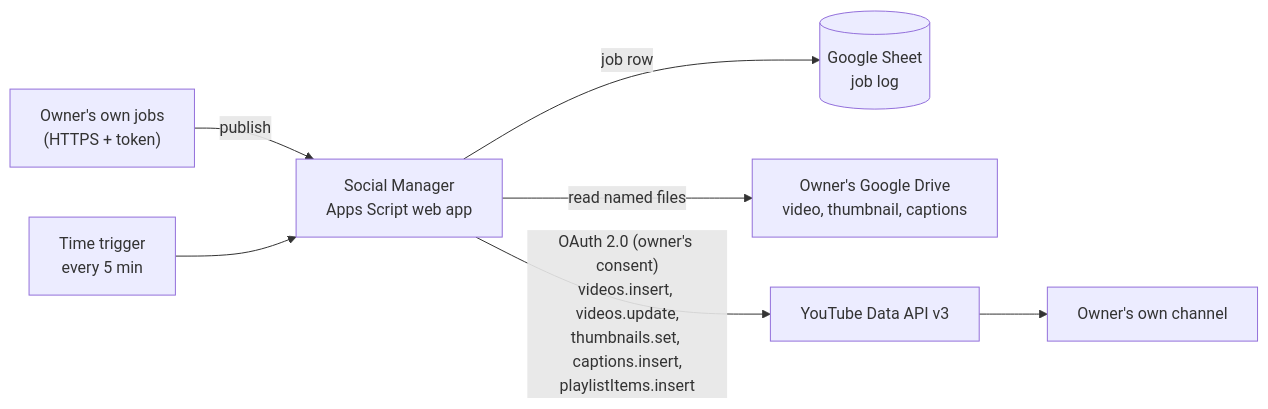
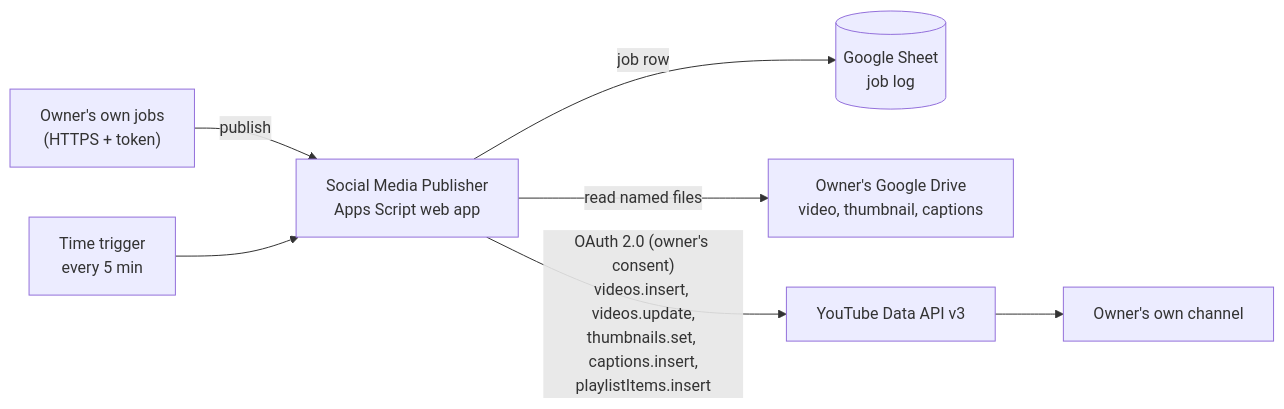
The first of 2 diagrams in docs/ARCHITECTURE.md (ravitejakamalapuram/social-manager), drawn with Mermaid before and after one commit. The commit also changed other lines of this file and 14 other files, not shown here.

First line of the commit message:
Rename to Social Media Publisher (repo social-media-publisher) (#27)

````diff
--- a/docs/ARCHITECTURE.md
+++ b/docs/ARCHITECTURE.md
@@ -5,9 +5,9 @@
 ```mermaid
 flowchart LR
-  A["Owner's own jobs<br/>(HTTPS + token)"] -->|publish| B["Social Manager<br/>Apps Script web app"]
+  A["Owner's own jobs<br/>(HTTPS + token)"] -->|publish| B["Social Media Publisher<br/>Apps Script web app"]
   B -->|job row| C[("Google Sheet<br/>job log")]
   T["Time trigger<br/>every 5 min"] --> B
   B -->|read named files| D["Owner's Google Drive<br/>video, thumbnail, captions"]
   B -->|"OAuth 2.0 (owner's consent)<br/>videos.insert, videos.update,<br/>thumbnails.set, captions.insert,<br/>playlistItems.insert"| E["YouTube Data API v3"]
   E --> F["Owner's own channel"]
 ```
````
